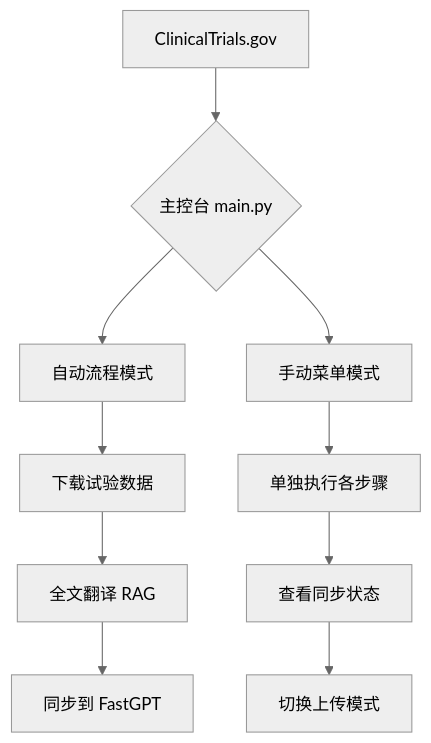
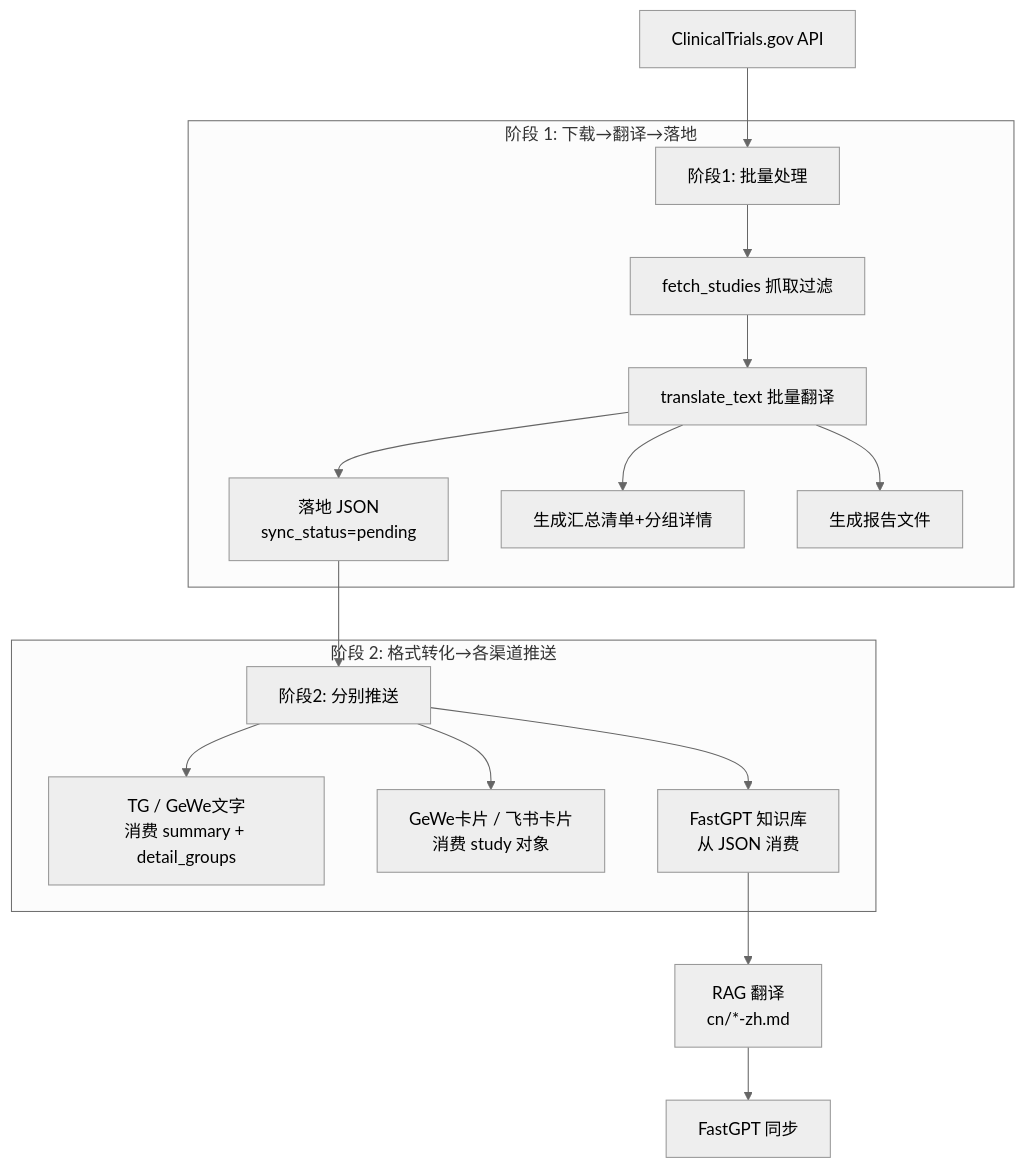
Before and after one commit to PancrePal-xiaoyibao/ctg-rag-genie: the diagram in README.md, drawn with Mermaid (neutral theme). The commit also changed other lines of this file and 5 other files, not shown here.

````diff
--- a/README.md
+++ b/README.md
@@ -15,14 +17,23 @@
 ```mermaid
 graph TD
-    A[ClinicalTrials.gov] --> B{主控台 main.py}
-    B --> C[自动流程模式]
-    B --> D[手动菜单模式]
-  
-    C --> C1[下载试验数据]
-    C1 --> C2[全文翻译 RAG]
-    C2 --> C3[同步到 FastGPT]
-  
-    D --> D1[单独执行各步骤]
-    D1 --> D2[查看同步状态]
-    D2 --> D3[切换上传模式]
+    A[ClinicalTrials.gov API] --> B[阶段1: 批量处理]
+
+    subgraph 阶段1[阶段 1: 下载→翻译→落地]
+        B --> C[fetch_studies 抓取过滤]
+        C --> D[translate_text 批量翻译]
+        D --> E1[落地 JSON<br/>sync_status=pending]
+        D --> E2[生成汇总清单+分组详情]
+        D --> E3[生成报告文件]
+    end
+
+    E1 --> F[阶段2: 分别推送]
+
+    subgraph 阶段2[阶段 2: 格式转化→各渠道推送]
+        F --> G1[TG / GeWe文字<br/>消费 summary + detail_groups]
+        F --> G2[GeWe卡片 / 飞书卡片<br/>消费 study 对象]
+        F --> G3[FastGPT 知识库<br/>从 JSON 消费]
+    end
+
+    G3 --> H1[RAG 翻译<br/>cn/*-zh.md]
+    H1 --> H2[FastGPT 同步]
 ```
````
